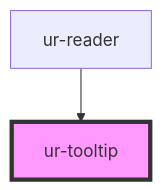
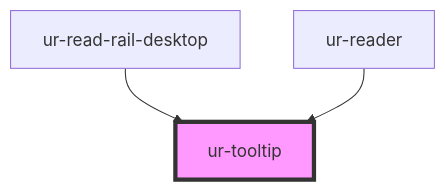
The diagram in src/components/ur-tooltip/readme.md (hellish/urnovl-web-components), drawn with Mermaid before and after one commit. The commit also changed other lines of this file and 97 other files, not shown here.

Commit message:
read-rail and fix default avatar

````diff
--- a/src/components/ur-tooltip/readme.md
+++ b/src/components/ur-tooltip/readme.md
@@ -29,5 +30,6 @@
 ```mermaid
 graph TD;
+  ur-read-rail-desktop --> ur-tooltip
   ur-reader --> ur-tooltip
   style ur-tooltip fill:#f9f,stroke:#333,stroke-width:4px
 ```
````
